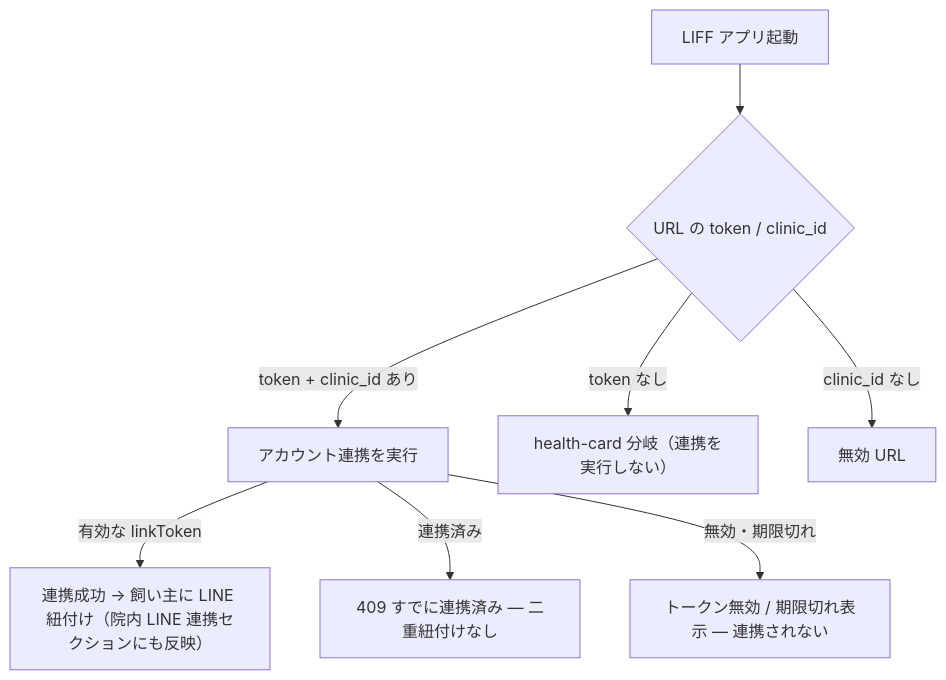
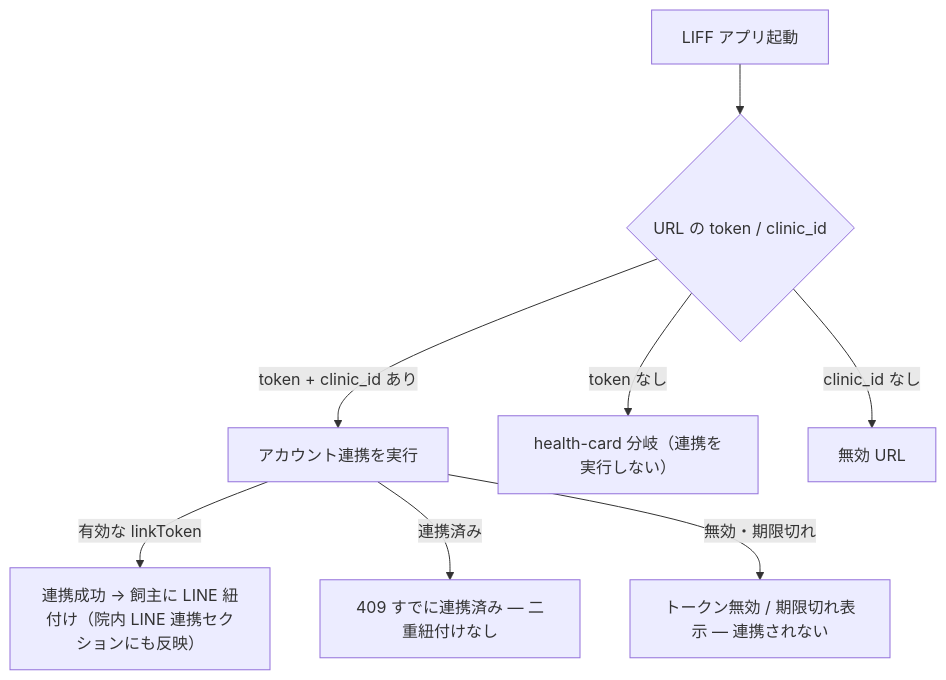
One commit to MinoruSoga/AnimalEkarte changed the diagram in docs/ops/testing/scenarios/V05-auth-line-forms.md. Above: the diagram before and after it, drawn with Mermaid. The commit also changed other lines of this file and 276 other files, not shown here.

````diff
--- a/docs/ops/testing/scenarios/V05-auth-line-forms.md
+++ b/docs/ops/testing/scenarios/V05-auth-line-forms.md
@@ -82,10 +82,10 @@
 ```mermaid
 flowchart TB
   A["LIFF アプリ起動"] --> Q{"URL の token / clinic_id"}
   Q -->|"token + clinic_id あり"| RUN["アカウント連携を実行"]
   Q -->|"token なし"| HC["health-card 分岐（連携を実行しない）"]
   Q -->|"clinic_id なし"| INV["無効 URL"]
-  RUN -->|"有効な linkToken"| OK["連携成功 → 飼い主に LINE 紐付け（院内 LINE 連携セクションにも反映）"]
+  RUN -->|"有効な linkToken"| OK["連携成功 → 飼主に LINE 紐付け（院内 LINE 連携セクションにも反映）"]
   RUN -->|"連携済み"| DUP["409 すでに連携済み — 二重紐付けなし"]
   RUN -->|"無効・期限切れ"| NG["トークン無効 / 期限切れ表示 — 連携されない"]
 ```
````
